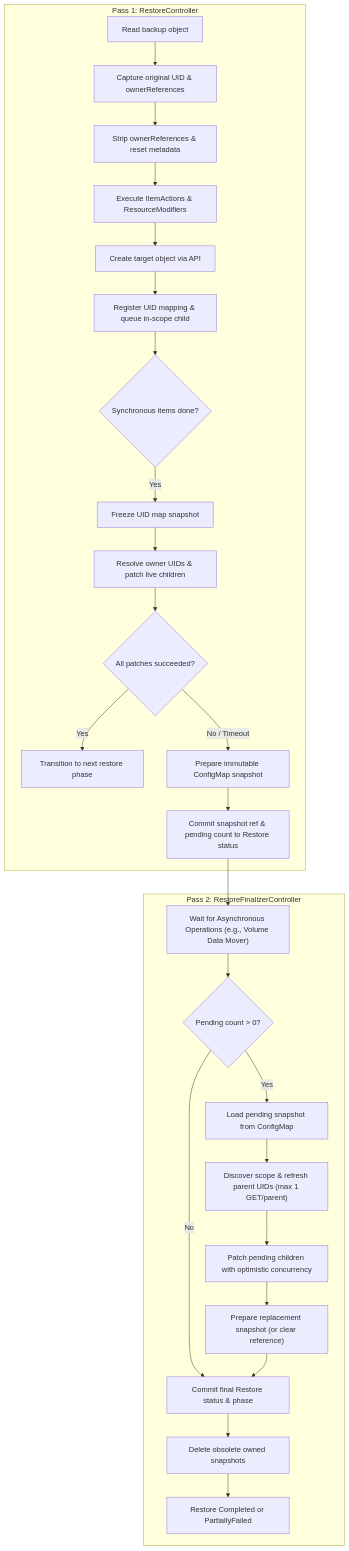
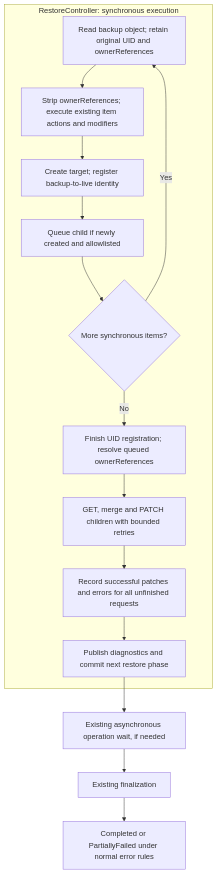
The diagram in design/owner-ref-relink-engine-design.md (heptio/velero), drawn with Mermaid before and after one commit. The commit also changed other lines of this file, not shown here.

First line of the commit message:
single-pass owner-reference relinking design

````diff
--- a/design/owner-ref-relink-engine-design.md
+++ b/design/owner-ref-relink-engine-design.md
@@ -68,31 +74,18 @@
 ```mermaid
 flowchart TD
-    subgraph RestoreController["Pass 1: RestoreController"]
-        A["Read backup object"] --> B["Capture original UID & ownerReferences"]
-        B --> C["Strip ownerReferences & reset metadata"]
-        C --> D["Execute ItemActions & ResourceModifiers"]
-        D --> E["Create target object via API"]
-        E --> F["Register UID mapping & queue in-scope child"]
-        F --> G{"Synchronous items done?"}
-        G -->|Yes| H["Freeze UID map snapshot"]
-        H --> I["Resolve owner UIDs & patch live children"]
-        I --> J{"All patches succeeded?"}
-        J -->|Yes| K["Transition to next restore phase"]
-        J -->|No / Timeout| L["Prepare immutable ConfigMap snapshot"]
-        L --> M["Commit snapshot ref & pending count to Restore status"]
+    subgraph RestoreController["RestoreController: synchronous execution"]
+        A["Read backup object; retain original UID and ownerReferences"]
+        A --> B["Strip ownerReferences; execute existing item actions and modifiers"]
+        B --> C["Create target; register backup-to-live identity"]
+        C --> D["Queue child if newly created and allowlisted"]
+        D --> E{"More synchronous items?"}
+        E -->|Yes| A
+        E -->|No| F["Finish UID registration; resolve queued ownerReferences"]
+        F --> G["GET, merge and PATCH children with bounded retries"]
+        G --> H["Record successful patches and errors for all unfinished requests"]
+        H --> I["Publish diagnostics and commit next restore phase"]
     end
-
-    M --> AsyncWait["Wait for Asynchronous Operations (e.g., Volume Data Mover)"]
-
-    subgraph FinalizerController["Pass 2: RestoreFinalizerController"]
-        AsyncWait --> N{"Pending count > 0?"}
-        N -->|No| R["Commit final Restore status & phase"]
-        N -->|Yes| O["Load pending snapshot from ConfigMap"]
-        O --> P["Discover scope & refresh parent UIDs (max 1 GET/parent)"]
-        P --> Q["Patch pending children with optimistic concurrency"]
-        Q --> S["Prepare replacement snapshot (or clear reference)"]
-        S --> R
-        R --> T["Delete obsolete owned snapshots"]
-        T --> Done["Restore Completed or PartiallyFailed"]
-    end
+    I --> J["Existing asynchronous operation wait, if needed"]
+    J --> K["Existing finalization"]
+    K --> L["Completed or PartiallyFailed under normal error rules"]
 ```
````
